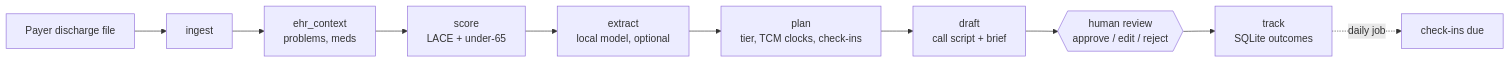
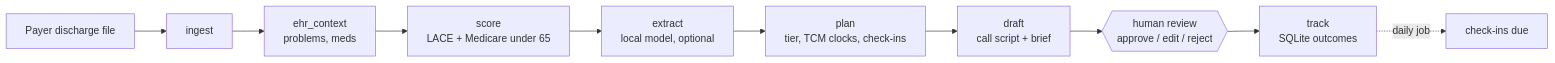
One commit to thiagobandeira1/care-transitions-agent changed the diagram in README.md. Above: the diagram before and after it, drawn with Mermaid. The commit also changed other lines of this file and 16 other files, not shown here.

````diff
--- a/README.md
+++ b/README.md
@@ -19,12 +23,12 @@
 ```mermaid
 flowchart LR
   A[Payer discharge file] --> B[ingest]
   B --> C[ehr_context<br/>problems, meds]
-  C --> D[score<br/>LACE + under-65]
+  C --> D[score<br/>LACE + Medicare under 65]
   D --> E[extract<br/>local model, optional]
   E --> F[plan<br/>tier, TCM clocks, check-ins]
   F --> G[draft<br/>call script + brief]
   G --> H{{human review<br/>approve / edit / reject}}
   H --> I[track<br/>SQLite outcomes]
   I -. daily job .-> J[check-ins due]
 ```
````
